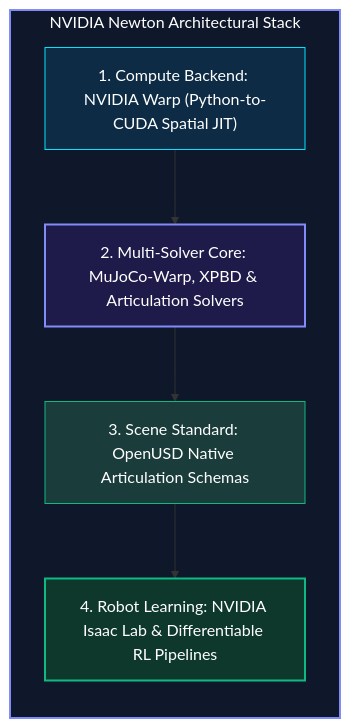
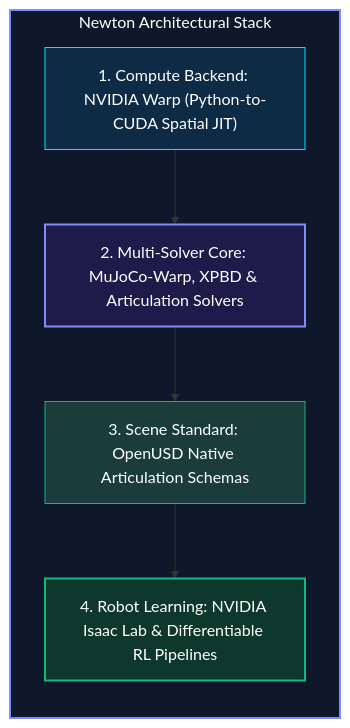
One commit to narenandu/narenvadapalli_dot_com changed the fourth of 5 diagrams in contents/blog/0091-inside-nvidia-newton-differentiable-physics-engine/index.md. Above: the diagram before and after it, drawn with Mermaid. The commit also changed other lines of this file and 1 other file, not shown here.

Commit message:
fix(blog): update Newton naming and remove part number from title (0091)

````diff
--- a/contents/blog/0091-inside-nvidia-newton-differentiable-physics-engine/index.md
+++ b/contents/blog/0091-inside-nvidia-newton-differentiable-physics-engine/index.md
@@ -120,15 +120,15 @@
 ```mermaid
 flowchart TD
-    subgraph NewtonStack["NVIDIA Newton Architectural Stack"]
+    subgraph NewtonStack["Newton Architectural Stack"]
         direction TB
         W1["1. Compute Backend: NVIDIA Warp (Python-to-CUDA Spatial JIT)"]
         W1 --> M1["2. Multi-Solver Core: MuJoCo-Warp, XPBD & Articulation Solvers"]
         M1 --> U1["3. Scene Standard: OpenUSD Native Articulation Schemas"]
         U1 --> L1["4. Robot Learning: NVIDIA Isaac Lab & Differentiable RL Pipelines"]
     end
     style NewtonStack fill:#0f172a,stroke:#818cf8,stroke-width:2px,color:#ffffff
     style W1 fill:#0d2b45,stroke:#00e5ff,stroke-width:1px,color:#ffffff
     style M1 fill:#1e1b4b,stroke:#818cf8,stroke-width:2px,color:#ffffff
     style U1 fill:#1a3d3c,stroke:#10b981,stroke-width:1px,color:#ffffff
     style L1 fill:#0f382c,stroke:#10b981,stroke-width:2px,color:#ffffff
 ```
````
